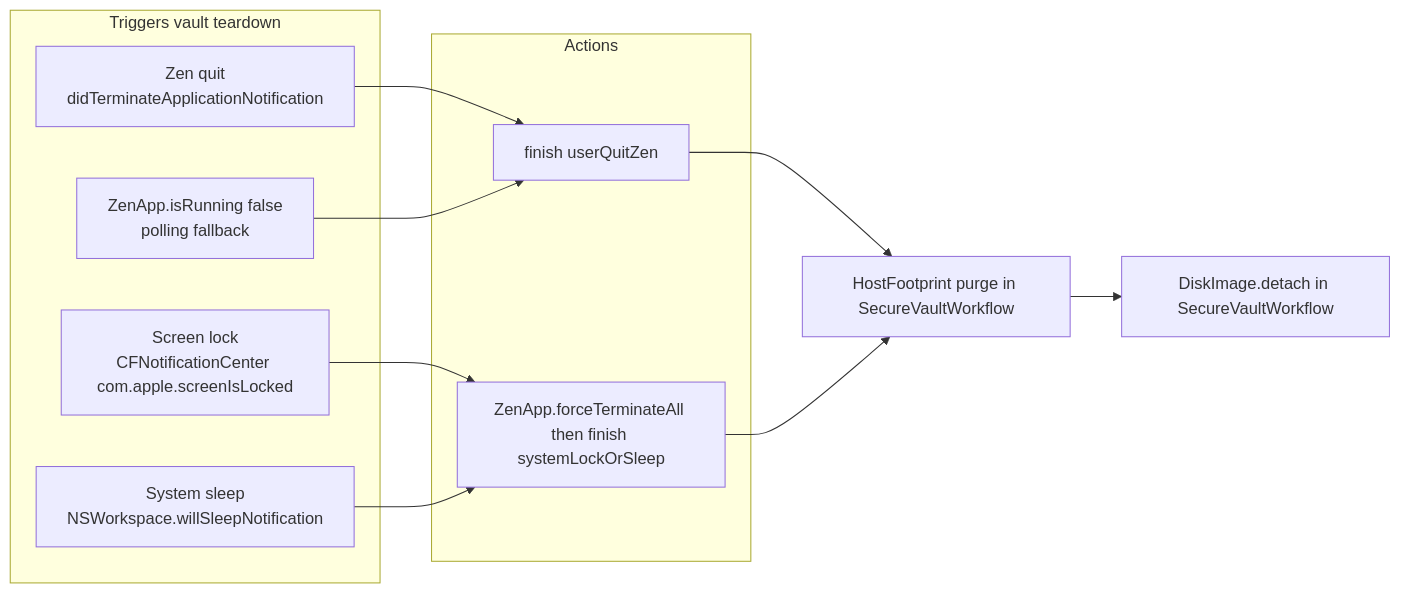
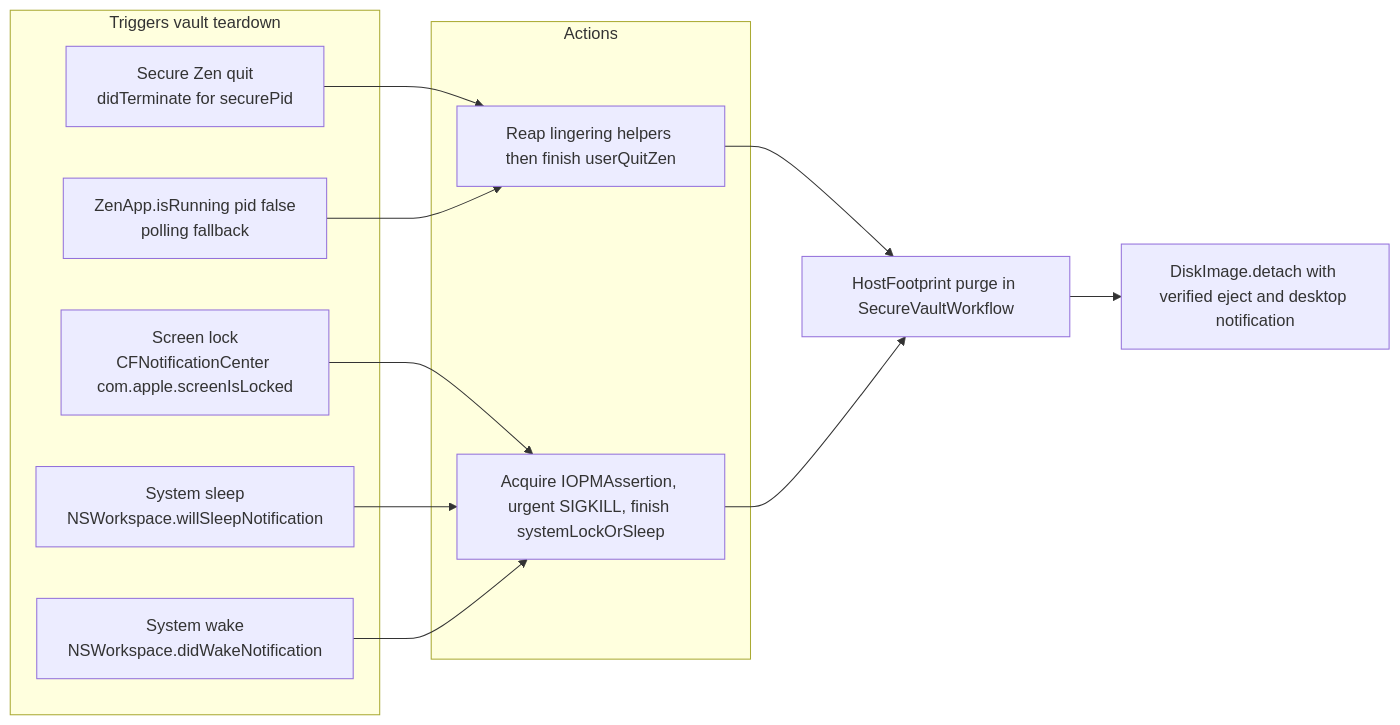
One commit to Johann-Goncalves-Pereira/Raycast changed the fourth of 6 diagrams in პროფილი/README.md. Above: the diagram before and after it, drawn with Mermaid. The commit also changed other lines of this file, not shown here.

First line of the commit message:
docs 📚: Document sleep power assertions, wake audits, and quit notifications in README

````diff
--- a/პროფილი/README.md
+++ b/პროფილი/README.md
@@ -137,24 +138,26 @@
 ```mermaid
 flowchart LR
     subgraph triggers [Triggers vault teardown]
-        Quit[Zen quit<br/>didTerminateApplicationNotification]
-        Poll[ZenApp.isRunning false<br/>polling fallback]
+        Quit[Secure Zen quit<br/>didTerminate for securePid]
+        Poll[ZenApp.isRunning pid false<br/>polling fallback]
         Lock[Screen lock<br/>CFNotificationCenter com.apple.screenIsLocked]
         Sleep[System sleep<br/>NSWorkspace.willSleepNotification]
+        Wake[System wake<br/>NSWorkspace.didWakeNotification]
     end
 
     subgraph actions [Actions]
-        NormalStop[finish userQuitZen]
-        SecurityStop[ZenApp.forceTerminateAll then finish systemLockOrSleep]
+        NormalStop[Reap lingering helpers then finish userQuitZen]
+        SecurityStop[Acquire IOPMAssertion, urgent SIGKILL, finish systemLockOrSleep]
     end
 
     Quit --> NormalStop
     Poll --> NormalStop
     Lock --> SecurityStop
     Sleep --> SecurityStop
+    Wake --> SecurityStop
 
     NormalStop --> Purge[HostFootprint purge in SecureVaultWorkflow]
     SecurityStop --> Purge
 
-    Purge --> Eject[DiskImage.detach in SecureVaultWorkflow]
+    Purge --> Eject[DiskImage.detach with verified eject and desktop notification]
 ```
````
